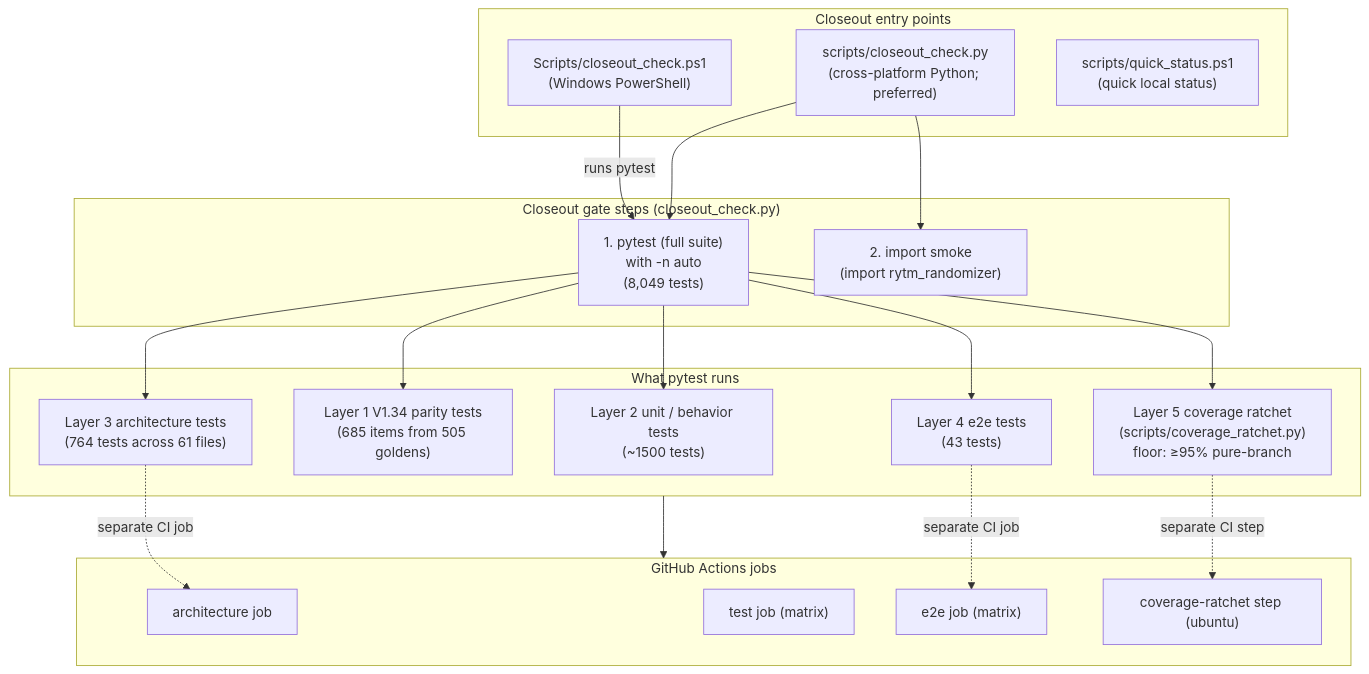
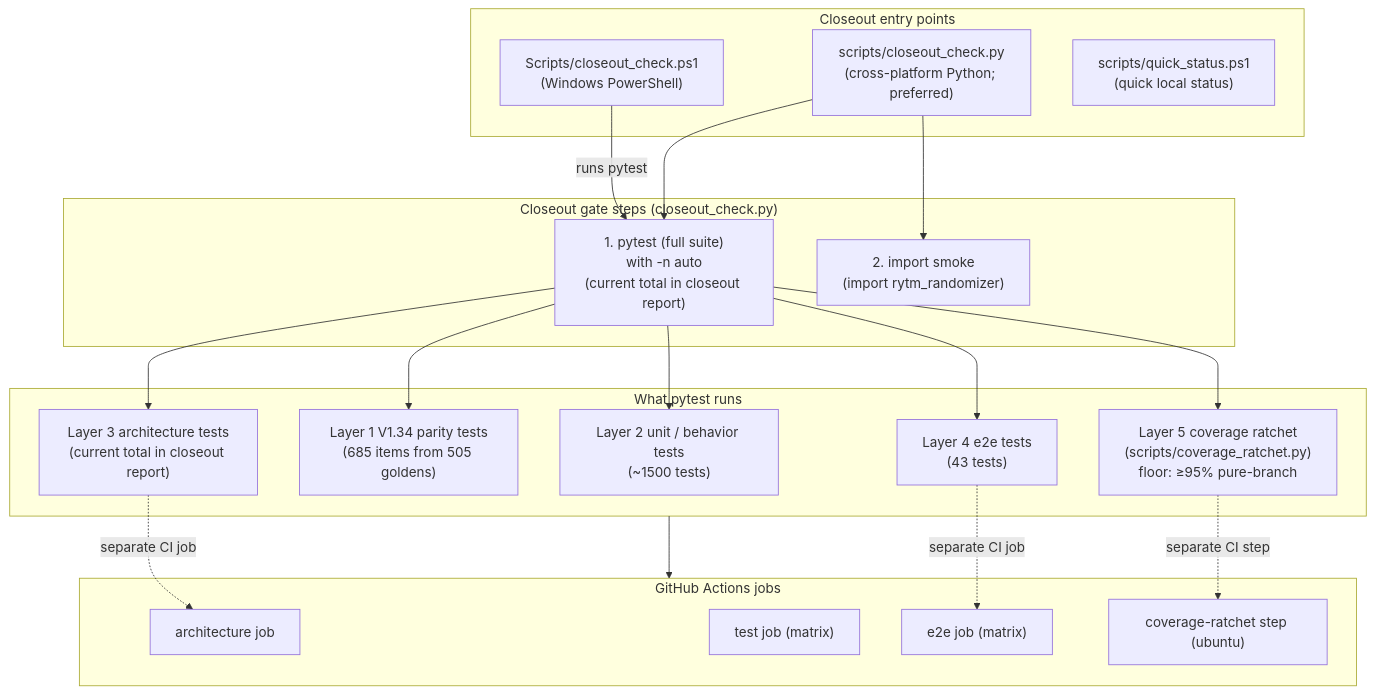
One commit to buzzijose-hub/RytmRandomizer changed diagram 24 of 35 in docs/ARCHITECTURE_DIAGRAMS.md. Above: the diagram before and after it, drawn with Mermaid. The commit also changed other lines of this file and 149 other files, not shown here.

````diff
--- a/docs/ARCHITECTURE_DIAGRAMS.md
+++ b/docs/ARCHITECTURE_DIAGRAMS.md
@@ -1870,43 +1888,43 @@
 ```mermaid
 flowchart TB
     subgraph Entry["Closeout entry points"]
         CloseoutPS1["Scripts/closeout_check.ps1<br/>(Windows PowerShell)"]
         CloseoutPy["scripts/closeout_check.py<br/>(cross-platform Python; preferred)"]
         QuickStatus["scripts/quick_status.ps1<br/>(quick local status)"]
     end
 
     subgraph GateSteps["Closeout gate steps (closeout_check.py)"]
-        Step1["1. pytest (full suite)<br/>with -n auto<br/>(8,049 tests)"]
+        Step1["1. pytest (full suite)<br/>with -n auto<br/>(current total in closeout report)"]
         Step2["2. import smoke<br/>(import rytm_randomizer)"]
     end
 
     subgraph PytestLayers["What pytest runs"]
         PassiveTests["Layer 2 unit / behavior tests<br/>(~1500 tests)"]
         ParityTests["Layer 1 V1.34 parity tests<br/>(685 items from 505 goldens)"]
-        ArchTests["Layer 3 architecture tests<br/>(764 tests across 61 files)"]
+        ArchTests["Layer 3 architecture tests<br/>(current total in closeout report)"]
         E2ETests["Layer 4 e2e tests<br/>(43 tests)"]
         CovStep["Layer 5 coverage ratchet<br/>(scripts/coverage_ratchet.py)<br/>floor: ≥95% pure-branch"]
     end
 
     subgraph CIJobs["GitHub Actions jobs"]
         CIArch["architecture job"]
         CITest["test job (matrix)"]
         CIE2E["e2e job (matrix)"]
         CIRatchet["coverage-ratchet step (ubuntu)"]
     end
 
     CloseoutPS1 -->|"runs pytest"| Step1
     CloseoutPy --> Step1
     CloseoutPy --> Step2
 
     Step1 --> PassiveTests
     Step1 --> ParityTests
     Step1 --> ArchTests
     Step1 --> E2ETests
     Step1 --> CovStep
 
     PytestLayers --> CIJobs
     ArchTests -.->|"separate CI job"| CIArch
     E2ETests -.->|"separate CI job"| CIE2E
     CovStep -.->|"separate CI step"| CIRatchet
 ```
````
